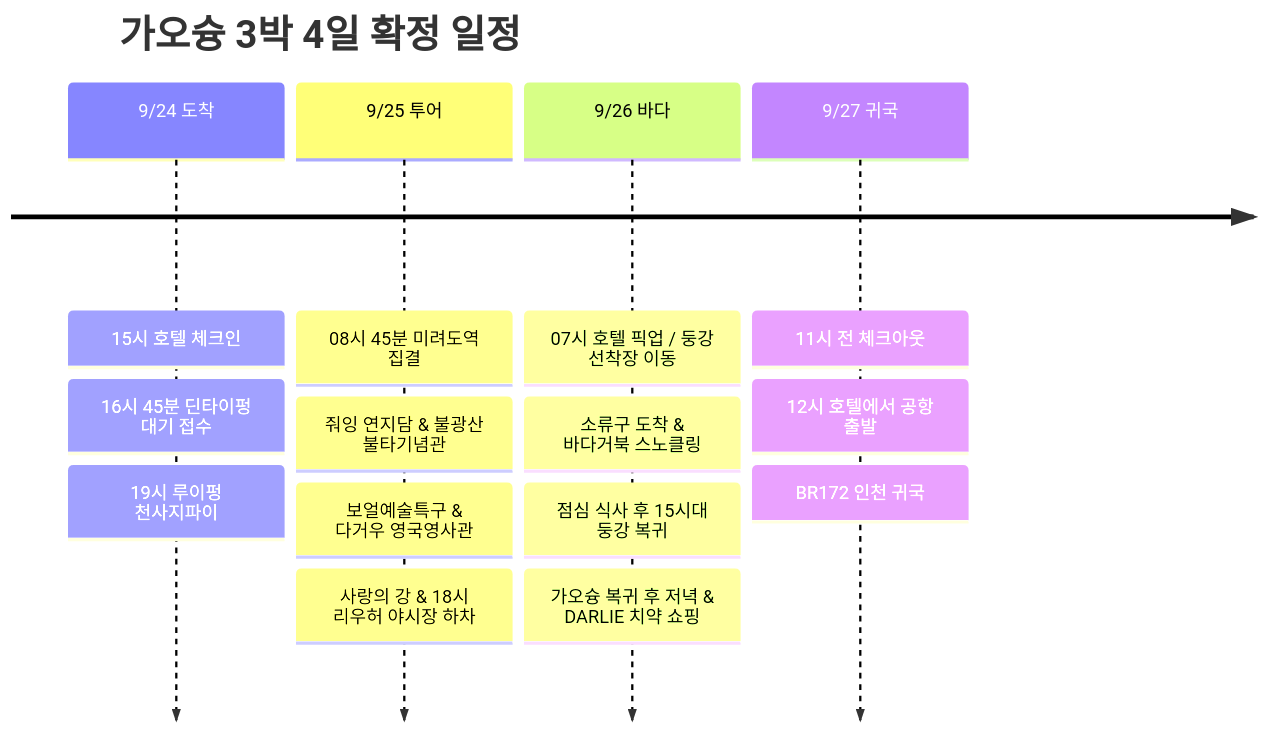
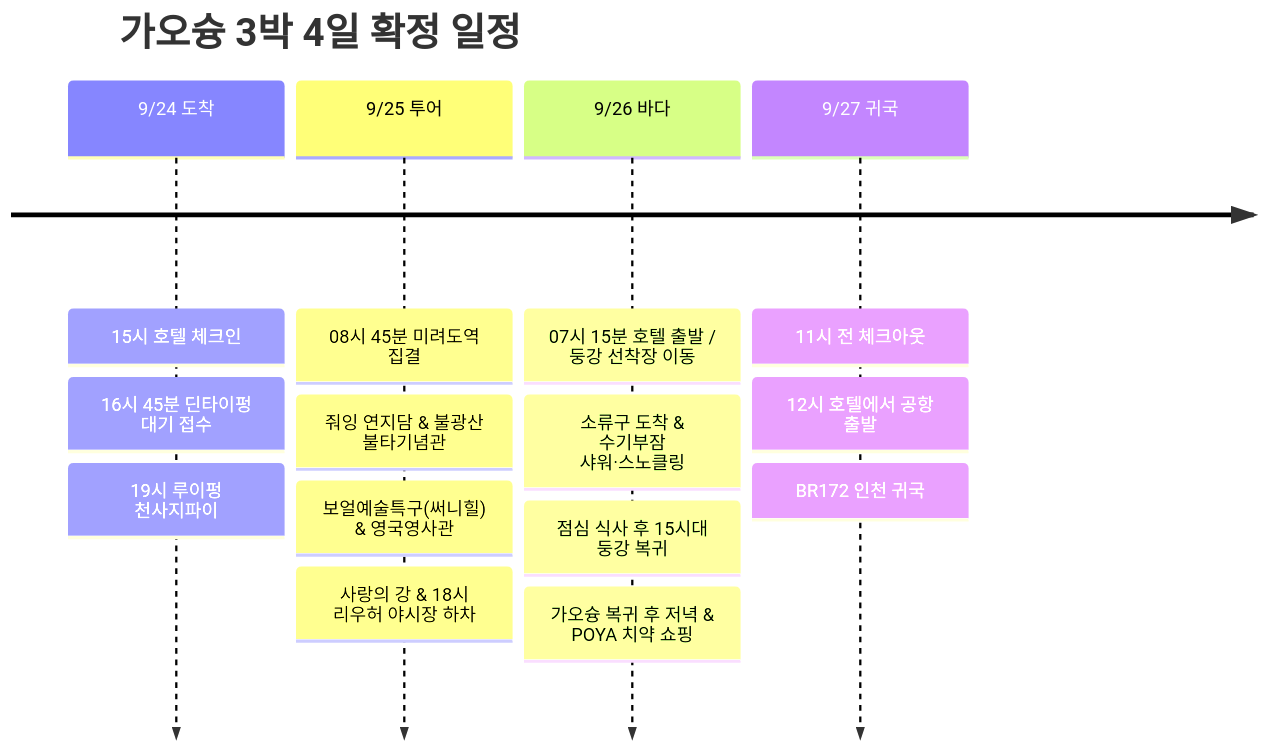
One commit to gongdongho12/commit-map changed the diagram in src/content/posts/2026-09-24-kaohsiung-xiaoliuqiu.md. Above: the diagram before and after it, drawn with Mermaid. The commit also changed other lines of this file, not shown here.

Commit message:
feat: 소류구 수기부잠 샵 샤워 및 26일 저녁 쇼핑 동선 반영

````diff
--- a/src/content/posts/2026-09-24-kaohsiung-xiaoliuqiu.md
+++ b/src/content/posts/2026-09-24-kaohsiung-xiaoliuqiu.md
@@ -194,18 +217,18 @@
 ```mermaid
 timeline
   title 가오슝 3박 4일 확정 일정
   9/24 도착 : 15시 호텔 체크인
              : 16시 45분 딘타이펑 대기 접수
              : 19시 루이펑 천사지파이
   9/25 투어 : 08시 45분 미려도역 집결
              : 줘잉 연지담 & 불광산 불타기념관
-             : 보얼예술특구 & 다거우 영국영사관
+             : 보얼예술특구(써니힐) & 영국영사관
              : 사랑의 강 & 18시 리우허 야시장 하차
-  9/26 바다 : 07시 호텔 픽업 / 둥강 선착장 이동
-             : 소류구 도착 & 바다거북 스노클링
+  9/26 바다 : 07시 15분 호텔 출발 / 둥강 선착장 이동
+             : 소류구 도착 & 수기부잠 샤워·스노클링
              : 점심 식사 후 15시대 둥강 복귀
-             : 가오슝 복귀 후 저녁 & DARLIE 치약 쇼핑
+             : 가오슝 복귀 후 저녁 & POYA 치약 쇼핑
   9/27 귀국 : 11시 전 체크아웃
              : 12시 호텔에서 공항 출발
              : BR172 인천 귀국
 ```
````
